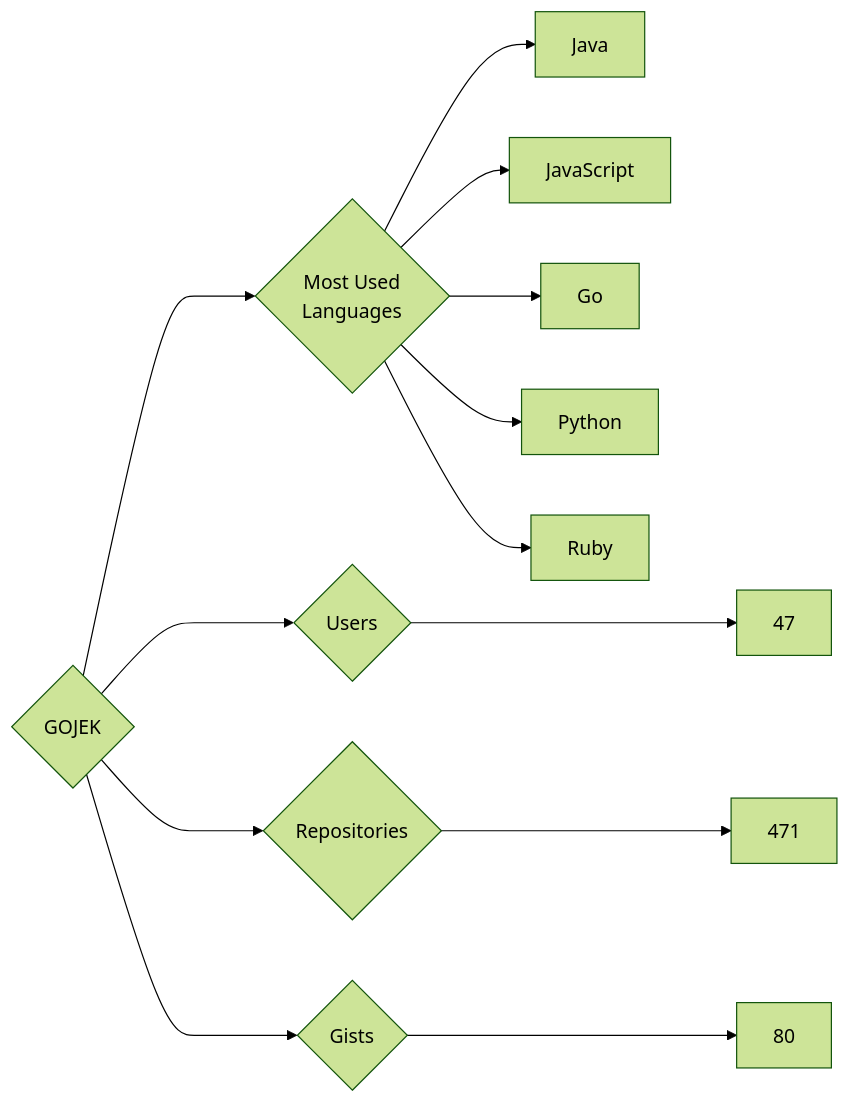
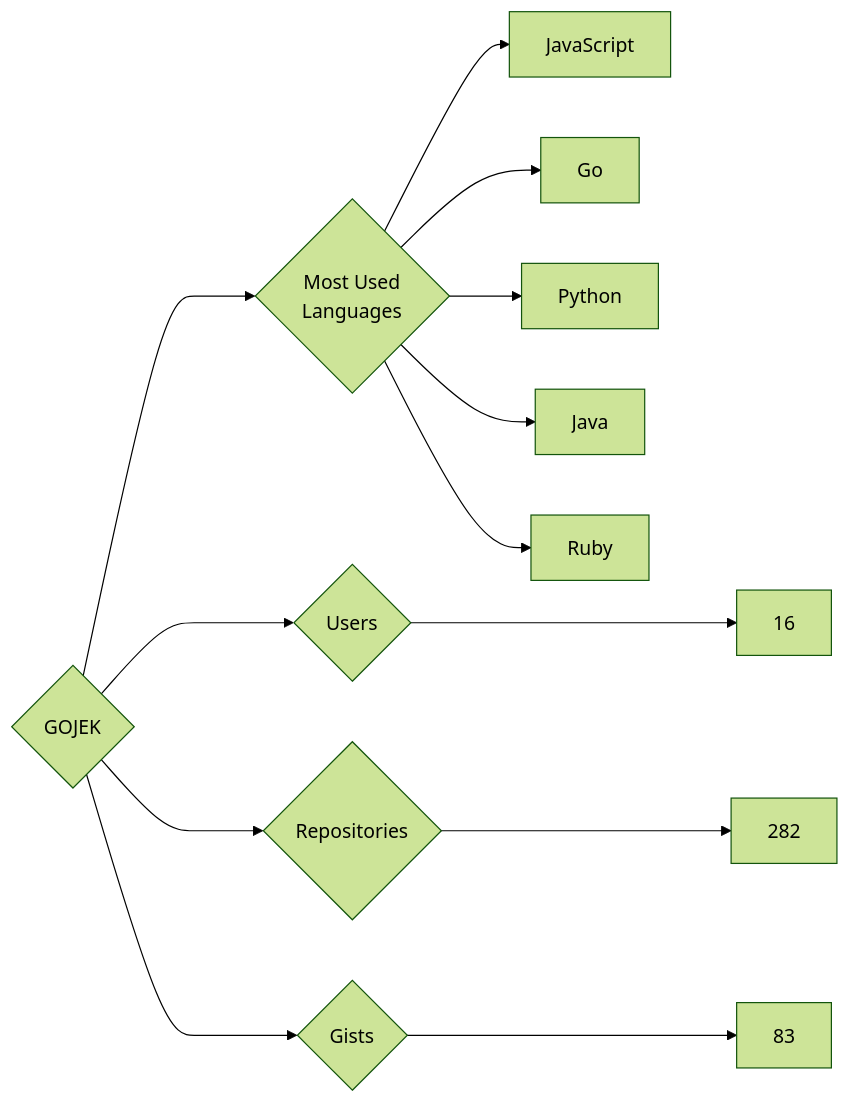
One commit to trickest/insiders changed the diagram in targets/GOJEK/README.md. Above: the diagram before and after it, drawn with Mermaid (forest theme). The commit also changed 873 other files, not shown here.

````diff
--- a/targets/GOJEK/README.md
+++ b/targets/GOJEK/README.md
@@ -3,13 +3,13 @@
 ```mermaid
 graph LR
 COMPANY_NAME{GOJEK}
-COMPANY_NAME ---> U{Users} ---> UN[47]
-COMPANY_NAME ---> R{Repositories} ---> RN[471]
-COMPANY_NAME ---> G{Gists} ---> GN[80]
+COMPANY_NAME ---> U{Users} ---> UN[16]
+COMPANY_NAME ---> R{Repositories} ---> RN[282]
+COMPANY_NAME ---> G{Gists} ---> GN[83]
 COMPANY_NAME ---> ML{Most Used<br>Languages}
-ML --> Java[Java]
 ML --> JavaScript[JavaScript]
 ML --> Go[Go]
 ML --> Python[Python]
+ML --> Java[Java]
 ML --> Ruby[Ruby]
 ```
````
